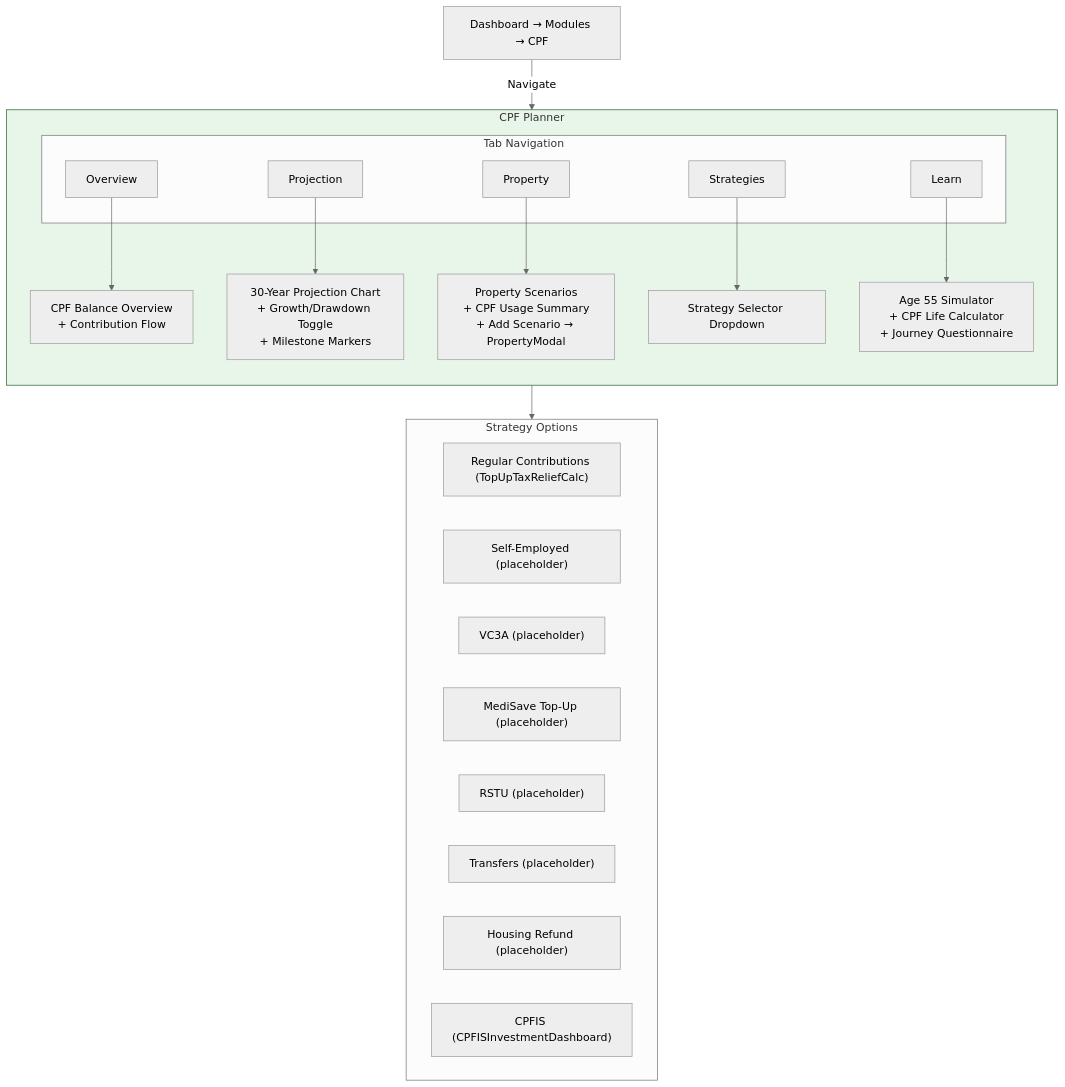
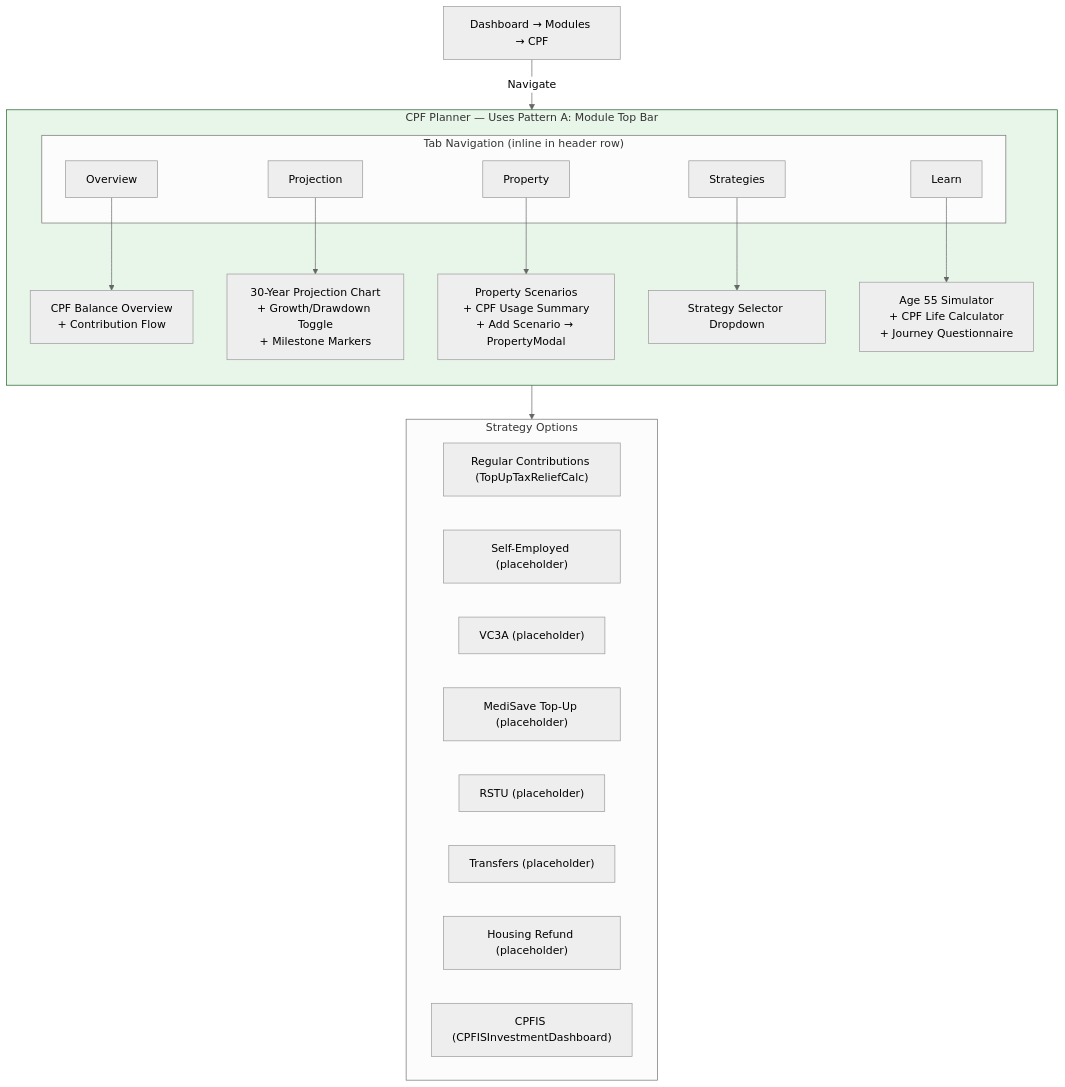
One commit to jcleow/wealthproject changed diagram 26 of 43 in spec/assetra-user-journey-interaction-map.md. Above: the diagram before and after it, drawn with Mermaid (neutral theme). The commit also changed other lines of this file and 2 other files, not shown here.

````diff
--- a/spec/assetra-user-journey-interaction-map.md
+++ b/spec/assetra-user-journey-interaction-map.md
@@ -822,35 +1016,35 @@
 ```mermaid
 flowchart TB
     ENTRY["Dashboard → Modules → CPF"] -->|"Navigate"| CPF_VIEW["CPFSimulationView"]
 
-    subgraph CPF_VIEW["CPF Planner"]
+    subgraph CPF_VIEW["CPF Planner — Uses Pattern A: Module Top Bar"]
         direction TB
-        subgraph TABS["Tab Navigation"]
+        subgraph TABS["Tab Navigation (inline in header row)"]
             T1["Overview"]
             T2["Projection"]
             T3["Property"]
             T4["Strategies"]
             T5["Learn"]
         end
 
         T1 --> OV["CPF Balance Overview\n+ Contribution Flow"]
         T2 --> PROJ["30-Year Projection Chart\n+ Growth/Drawdown Toggle\n+ Milestone Markers"]
         T3 --> PROP_LIST["Property Scenarios\n+ CPF Usage Summary\n+ Add Scenario → PropertyModal"]
         T4 --> STRAT["Strategy Selector Dropdown"]
         T5 --> LEARN["Age 55 Simulator\n+ CPF Life Calculator\n+ Journey Questionnaire"]
     end
 
     STRAT --> STRAT_OPTS
     subgraph STRAT_OPTS["Strategy Options"]
         SO1["Regular Contributions (TopUpTaxReliefCalc)"]
         SO2["Self-Employed (placeholder)"]
         SO3["VC3A (placeholder)"]
         SO4["MediSave Top-Up (placeholder)"]
         SO5["RSTU (placeholder)"]
         SO6["Transfers (placeholder)"]
         SO7["Housing Refund (placeholder)"]
         SO8["CPFIS (CPFISInvestmentDashboard)"]
     end
 
     style CPF_VIEW fill:#e8f5e9,stroke:#1b5e20
 ```
````
